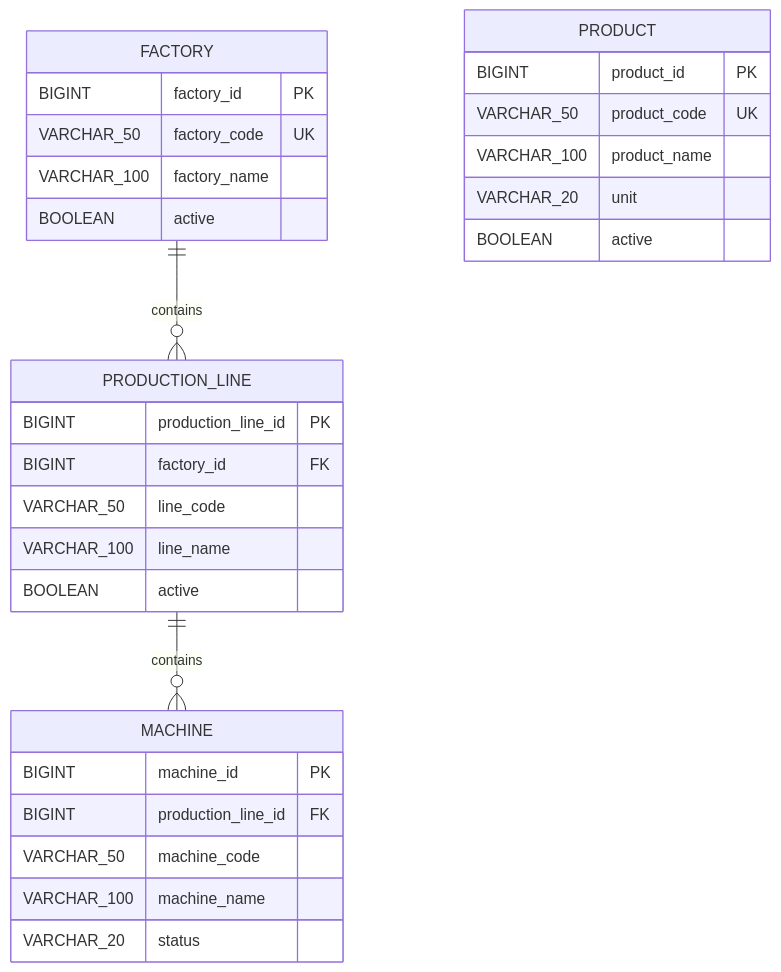
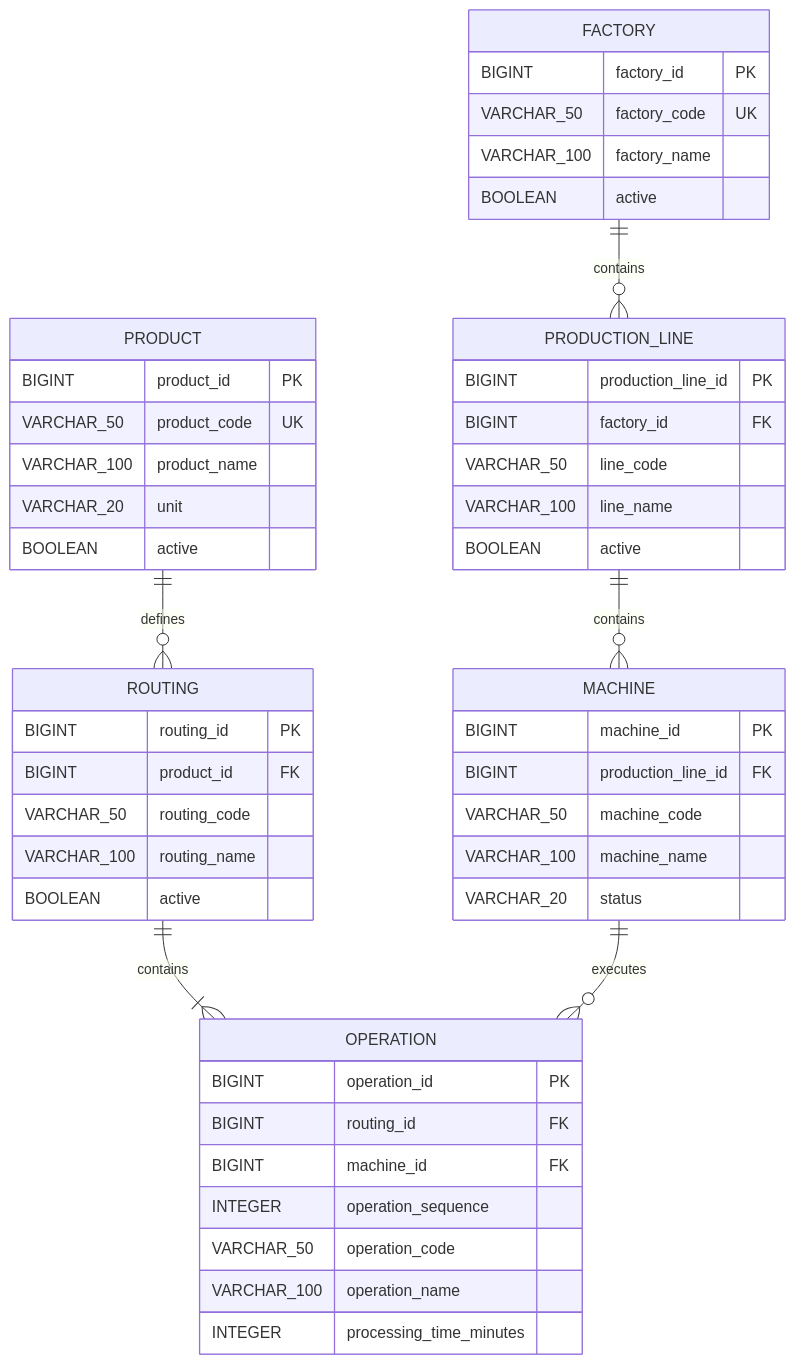
The diagram in docs/03-erd.md (Juglee0527/aps-engine), drawn with Mermaid before and after one commit. The commit also changed other lines of this file and 20 other files, not shown here.

````diff
--- a/docs/03-erd.md
+++ b/docs/03-erd.md
@@ -5,32 +5,51 @@
 ```mermaid
 erDiagram
     FACTORY {
         BIGINT factory_id PK
         VARCHAR_50 factory_code UK
         VARCHAR_100 factory_name
         BOOLEAN active
     }
     PRODUCTION_LINE {
         BIGINT production_line_id PK
         BIGINT factory_id FK
         VARCHAR_50 line_code
         VARCHAR_100 line_name
         BOOLEAN active
     }
     MACHINE {
         BIGINT machine_id PK
         BIGINT production_line_id FK
         VARCHAR_50 machine_code
         VARCHAR_100 machine_name
         VARCHAR_20 status
     }
     PRODUCT {
         BIGINT product_id PK
         VARCHAR_50 product_code UK
         VARCHAR_100 product_name
         VARCHAR_20 unit
         BOOLEAN active
     }
+    ROUTING {
+        BIGINT routing_id PK
+        BIGINT product_id FK
+        VARCHAR_50 routing_code
+        VARCHAR_100 routing_name
+        BOOLEAN active
+    }
+    OPERATION {
+        BIGINT operation_id PK
+        BIGINT routing_id FK
+        BIGINT machine_id FK
+        INTEGER operation_sequence
+        VARCHAR_50 operation_code
+        VARCHAR_100 operation_name
+        INTEGER processing_time_minutes
+    }
     FACTORY ||--o{ PRODUCTION_LINE : contains
     PRODUCTION_LINE ||--o{ MACHINE : contains
+    PRODUCT ||--o{ ROUTING : defines
+    ROUTING ||--|{ OPERATION : contains
+    MACHINE ||--o{ OPERATION : executes
 ```
````
